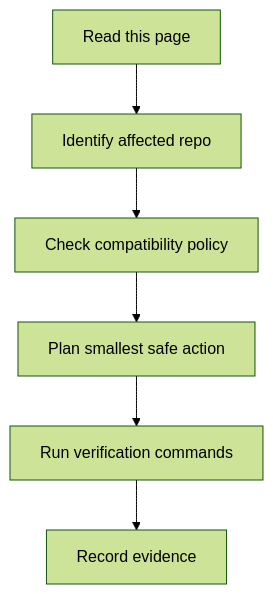
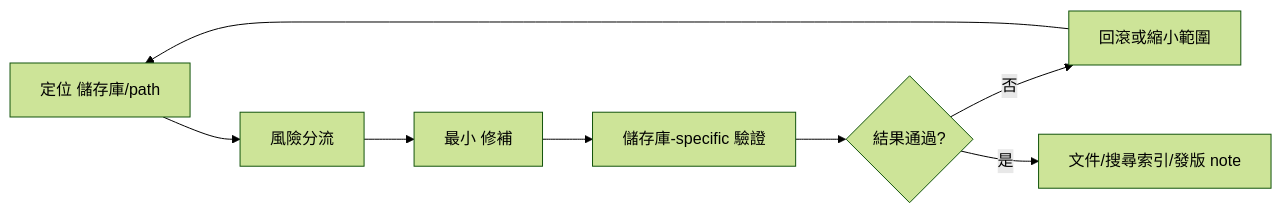
Before and after one commit to chen21019/cattle-handbook: the diagram in docs-site/src/content/docs/maintenance/patch-workflow.md, drawn with Mermaid (forest theme). The commit also changed other lines of this file and 201 other files, not shown here.

````diff
--- a/docs-site/src/content/docs/maintenance/patch-workflow.md
+++ b/docs-site/src/content/docs/maintenance/patch-workflow.md
@@ -89,8 +59,10 @@
 ```mermaid
-flowchart TD
-  A[Read this page] --> B[Identify affected repo]
-  B --> C[Check compatibility policy]
-  C --> D[Plan smallest safe action]
-  D --> E[Run verification commands]
-  E --> F[Record evidence]
+flowchart LR
+  A[定位 儲存庫/path] --> B[風險分流]
+  B --> C[最小 修補]
+  C --> D[儲存庫-specific 驗證]
+  D --> E{結果通過?}
+  E -- 否 --> F[回滾或縮小範圍]
+  E -- 是 --> G[文件/搜尋索引/發版 note]
+  F --> A
 ```
````
